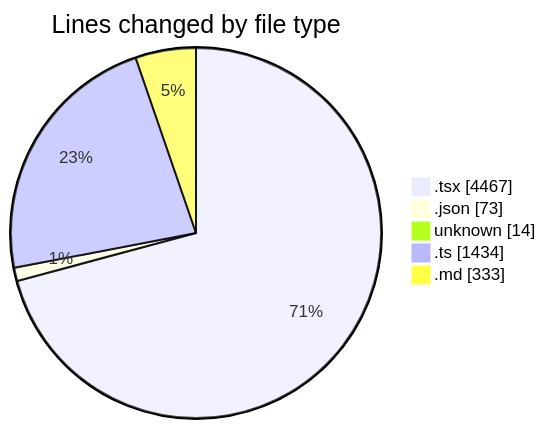
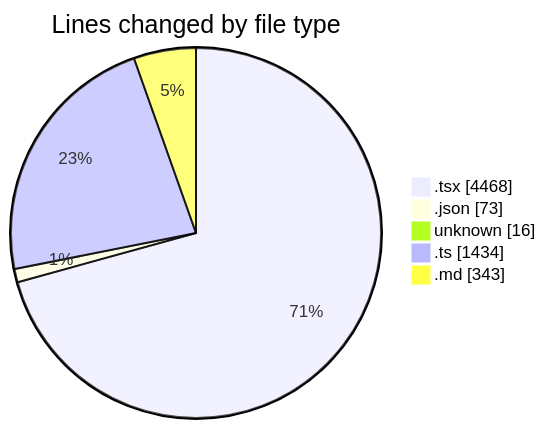
Before and after one commit to ernivani/code-tracking: the first of 2 diagrams in 2025-01-03/tinycms/README.md, drawn with Mermaid. The commit also changed other lines of this file and 2 other files, not shown here.

````diff
--- a/2025-01-03/tinycms/README.md
+++ b/2025-01-03/tinycms/README.md
@@ -46,9 +46,9 @@
 ```mermaid
 pie showData
 title Lines changed by file type
-".tsx" : 4467
+".tsx" : 4468
 ".json" : 73
-"unknown" : 14
+"unknown" : 16
 ".ts" : 1434
-".md" : 333
+".md" : 343
 ```
````
